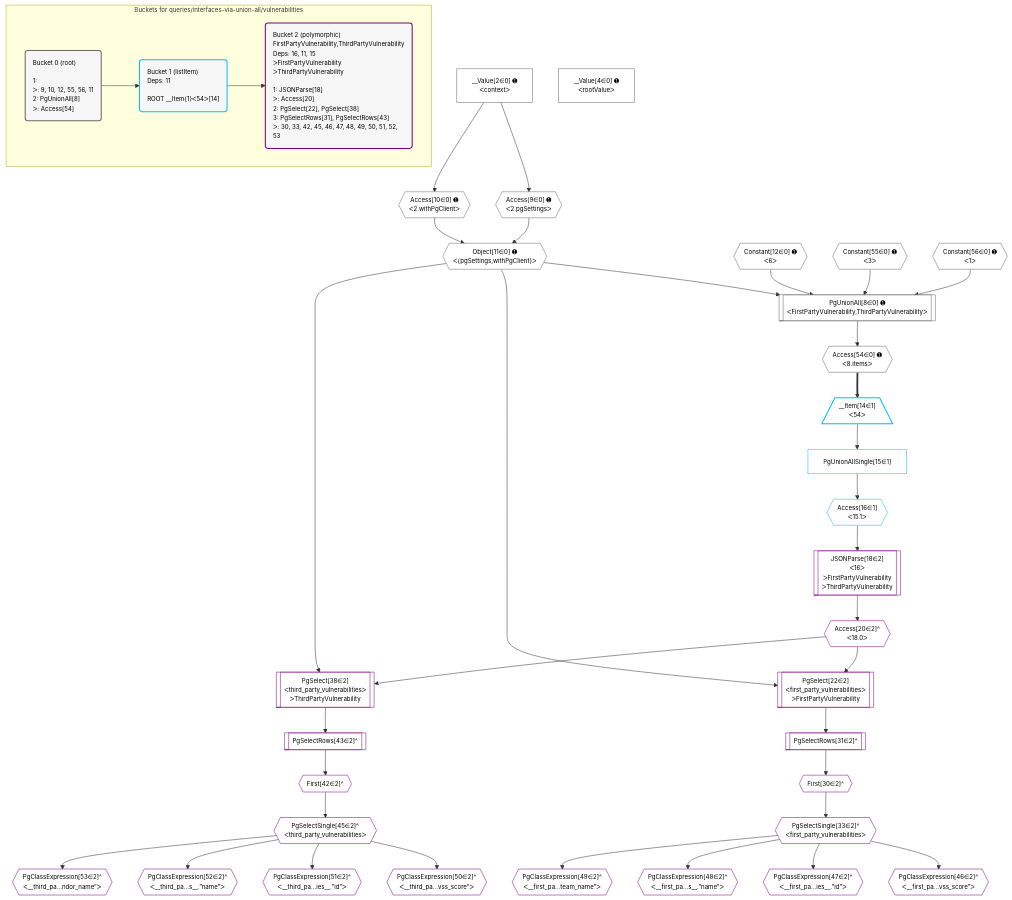
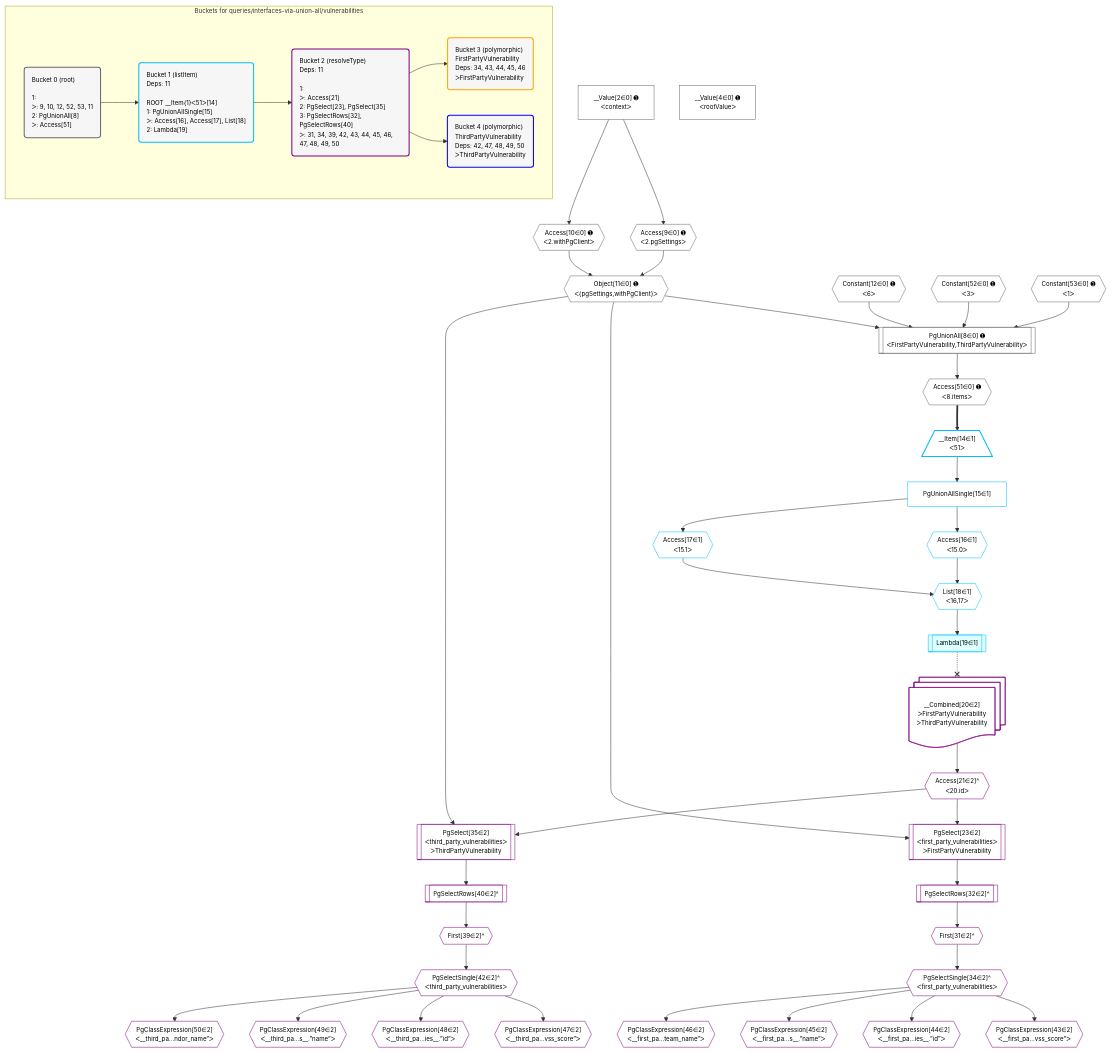
One commit to graphile/crystal changed the diagram in grafast/dataplan-pg/__tests__/queries/interfaces-via-union-all/vulnerabilities.mermaid. Above: the diagram before and after it, drawn with Mermaid. The commit also changed 3 other files, not shown here.

```diff
--- a/grafast/dataplan-pg/__tests__/queries/interfaces-via-union-all/vulnerabilities.mermaid
+++ b/grafast/dataplan-pg/__tests__/queries/interfaces-via-union-all/vulnerabilities.mermaid
@@ -1,83 +1,97 @@
 %%{init: {'themeVariables': { 'fontSize': '12px'}}}%%
 graph TD
     classDef path fill:#eee,stroke:#000,color:#000
     classDef plan fill:#fff,stroke-width:1px,color:#000
     classDef itemplan fill:#fff,stroke-width:2px,color:#000
     classDef unbatchedplan fill:#dff,stroke-width:1px,color:#000
     classDef sideeffectplan fill:#fcc,stroke-width:2px,color:#000
     classDef bucket fill:#f6f6f6,color:#000,stroke-width:2px,text-align:left
 
     subgraph "Buckets for queries/interfaces-via-union-all/vulnerabilities"
-    Bucket0("Bucket 0 (root)<br /><br />1: <br />ᐳ: 9, 10, 12, 55, 56, 11<br />2: PgUnionAll[8]<br />ᐳ: Access[54]"):::bucket
-    Bucket1("Bucket 1 (listItem)<br />Deps: 11<br /><br />ROOT __Item{1}ᐸ54ᐳ[14]"):::bucket
-    Bucket2("Bucket 2 (polymorphic)<br />FirstPartyVulnerability,ThirdPartyVulnerability<br />Deps: 16, 11, 15<br />ᐳFirstPartyVulnerability<br />ᐳThirdPartyVulnerability<br /><br />1: JSONParse[18]<br />ᐳ: Access[20]<br />2: PgSelect[22], PgSelect[38]<br />3: PgSelectRows[31], PgSelectRows[43]<br />ᐳ: 30, 33, 42, 45, 46, 47, 48, 49, 50, 51, 52, 53"):::bucket
+    Bucket0("Bucket 0 (root)<br /><br />1: <br />ᐳ: 9, 10, 12, 52, 53, 11<br />2: PgUnionAll[8]<br />ᐳ: Access[51]"):::bucket
+    Bucket1("Bucket 1 (listItem)<br />Deps: 11<br /><br />ROOT __Item{1}ᐸ51ᐳ[14]<br />1: PgUnionAllSingle[15]<br />ᐳ: Access[16], Access[17], List[18]<br />2: Lambda[19]"):::bucket
+    Bucket2("Bucket 2 (resolveType)<br />Deps: 11<br /><br />1: <br />ᐳ: Access[21]<br />2: PgSelect[23], PgSelect[35]<br />3: PgSelectRows[32], PgSelectRows[40]<br />ᐳ: 31, 34, 39, 42, 43, 44, 45, 46, 47, 48, 49, 50"):::bucket
+    Bucket3("Bucket 3 (polymorphic)<br />FirstPartyVulnerability<br />Deps: 34, 43, 44, 45, 46<br />ᐳFirstPartyVulnerability"):::bucket
+    Bucket4("Bucket 4 (polymorphic)<br />ThirdPartyVulnerability<br />Deps: 42, 47, 48, 49, 50<br />ᐳThirdPartyVulnerability"):::bucket
     end
     Bucket0 --> Bucket1
     Bucket1 --> Bucket2
+    Bucket2 --> Bucket3 & Bucket4
 
     %% plan dependencies
     PgUnionAll8[["PgUnionAll[8∈0] ➊<br />ᐸFirstPartyVulnerability,ThirdPartyVulnerabilityᐳ"]]:::plan
     Object11{{"Object[11∈0] ➊<br />ᐸ{pgSettings,withPgClient}ᐳ"}}:::plan
     Constant12{{"Constant[12∈0] ➊<br />ᐸ6ᐳ"}}:::plan
-    Constant55{{"Constant[55∈0] ➊<br />ᐸ3ᐳ"}}:::plan
-    Constant56{{"Constant[56∈0] ➊<br />ᐸ1ᐳ"}}:::plan
-    Object11 & Constant12 & Constant55 & Constant56 --> PgUnionAll8
+    Constant52{{"Constant[52∈0] ➊<br />ᐸ3ᐳ"}}:::plan
+    Constant53{{"Constant[53∈0] ➊<br />ᐸ1ᐳ"}}:::plan
+    Object11 & Constant12 & Constant52 & Constant53 --> PgUnionAll8
     Access9{{"Access[9∈0] ➊<br />ᐸ2.pgSettingsᐳ"}}:::plan
     Access10{{"Access[10∈0] ➊<br />ᐸ2.withPgClientᐳ"}}:::plan
     Access9 & Access10 --> Object11
     __Value2["__Value[2∈0] ➊<br />ᐸcontextᐳ"]:::plan
     __Value2 --> Access9
     __Value2 --> Access10
-    Access54{{"Access[54∈0] ➊<br />ᐸ8.itemsᐳ"}}:::plan
-    PgUnionAll8 --> Access54
+    Access51{{"Access[51∈0] ➊<br />ᐸ8.itemsᐳ"}}:::plan
+    PgUnionAll8 --> Access51
     __Value4["__Value[4∈0] ➊<br />ᐸrootValueᐳ"]:::plan
-    __Item14[/"__Item[14∈1]<br />ᐸ54ᐳ"\]:::itemplan
-    Access54 ==> __Item14
+    List18{{"List[18∈1]<br />ᐸ16,17ᐳ"}}:::plan
+    Access16{{"Access[16∈1]<br />ᐸ15.0ᐳ"}}:::plan
+    Access17{{"Access[17∈1]<br />ᐸ15.1ᐳ"}}:::plan
+    Access16 & Access17 --> List18
+    __Item14[/"__Item[14∈1]<br />ᐸ51ᐳ"\]:::itemplan
+    Access51 ==> __Item14
     PgUnionAllSingle15["PgUnionAllSingle[15∈1]"]:::plan
     __Item14 --> PgUnionAllSingle15
-    Access16{{"Access[16∈1]<br />ᐸ15.1ᐳ"}}:::plan
     PgUnionAllSingle15 --> Access16
-    PgSelect22[["PgSelect[22∈2]<br />ᐸfirst_party_vulnerabilitiesᐳ<br />ᐳFirstPartyVulnerability"]]:::plan
-    Access20{{"Access[20∈2]^<br />ᐸ18.0ᐳ"}}:::plan
-    Object11 & Access20 --> PgSelect22
-    PgSelect38[["PgSelect[38∈2]<br />ᐸthird_party_vulnerabilitiesᐳ<br />ᐳThirdPartyVulnerability"]]:::plan
-    Object11 & Access20 --> PgSelect38
-    JSONParse18[["JSONParse[18∈2]<br />ᐸ16ᐳ<br />ᐳFirstPartyVulnerability<br />ᐳThirdPartyVulnerability"]]:::plan
-    Access16 --> JSONParse18
-    JSONParse18 --> Access20
-    First30{{"First[30∈2]^"}}:::plan
-    PgSelectRows31[["PgSelectRows[31∈2]^"]]:::plan
-    PgSelectRows31 --> First30
-    PgSelect22 --> PgSelectRows31
-    PgSelectSingle33{{"PgSelectSingle[33∈2]^<br />ᐸfirst_party_vulnerabilitiesᐳ"}}:::plan
-    First30 --> PgSelectSingle33
-    First42{{"First[42∈2]^"}}:::plan
-    PgSelectRows43[["PgSelectRows[43∈2]^"]]:::plan
-    PgSelectRows43 --> First42
-    PgSelect38 --> PgSelectRows43
-    PgSelectSingle45{{"PgSelectSingle[45∈2]^<br />ᐸthird_party_vulnerabilitiesᐳ"}}:::plan
-    First42 --> PgSelectSingle45
-    PgClassExpression46{{"PgClassExpression[46∈2]^<br />ᐸ__first_pa...vss_score”ᐳ"}}:::plan
-    PgSelectSingle33 --> PgClassExpression46
-    PgClassExpression47{{"PgClassExpression[47∈2]^<br />ᐸ__first_pa...ies__.”id”ᐳ"}}:::plan
-    PgSelectSingle33 --> PgClassExpression47
-    PgClassExpression48{{"PgClassExpression[48∈2]^<br />ᐸ__first_pa...s__.”name”ᐳ"}}:::plan
-    PgSelectSingle33 --> PgClassExpression48
-    PgClassExpression49{{"PgClassExpression[49∈2]^<br />ᐸ__first_pa...team_name”ᐳ"}}:::plan
-    PgSelectSingle33 --> PgClassExpression49
-    PgClassExpression50{{"PgClassExpression[50∈2]^<br />ᐸ__third_pa...vss_score”ᐳ"}}:::plan
-    PgSelectSingle45 --> PgClassExpression50
-    PgClassExpression51{{"PgClassExpression[51∈2]^<br />ᐸ__third_pa...ies__.”id”ᐳ"}}:::plan
-    PgSelectSingle45 --> PgClassExpression51
-    PgClassExpression52{{"PgClassExpression[52∈2]^<br />ᐸ__third_pa...s__.”name”ᐳ"}}:::plan
-    PgSelectSingle45 --> PgClassExpression52
-    PgClassExpression53{{"PgClassExpression[53∈2]^<br />ᐸ__third_pa...ndor_name”ᐳ"}}:::plan
-    PgSelectSingle45 --> PgClassExpression53
+    PgUnionAllSingle15 --> Access17
+    Lambda19[["Lambda[19∈1]"]]:::unbatchedplan
+    List18 --> Lambda19
+    PgSelect23[["PgSelect[23∈2]<br />ᐸfirst_party_vulnerabilitiesᐳ<br />ᐳFirstPartyVulnerability"]]:::plan
+    Access21{{"Access[21∈2]^<br />ᐸ20.idᐳ"}}:::plan
+    Object11 & Access21 --> PgSelect23
+    PgSelect35[["PgSelect[35∈2]<br />ᐸthird_party_vulnerabilitiesᐳ<br />ᐳThirdPartyVulnerability"]]:::plan
+    Object11 & Access21 --> PgSelect35
+    __Value20:::plan@{shape: docs, label: "__Combined[20∈2]<br />ᐳFirstPartyVulnerability<br />ᐳThirdPartyVulnerability"}
+    __Value20 --> Access21
+    First31{{"First[31∈2]^"}}:::plan
+    PgSelectRows32[["PgSelectRows[32∈2]^"]]:::plan
+    PgSelectRows32 --> First31
+    PgSelect23 --> PgSelectRows32
+    PgSelectSingle34{{"PgSelectSingle[34∈2]^<br />ᐸfirst_party_vulnerabilitiesᐳ"}}:::plan
+    First31 --> PgSelectSingle34
+    First39{{"First[39∈2]^"}}:::plan
+    PgSelectRows40[["PgSelectRows[40∈2]^"]]:::plan
+    PgSelectRows40 --> First39
+    PgSelect35 --> PgSelectRows40
+    PgSelectSingle42{{"PgSelectSingle[42∈2]^<br />ᐸthird_party_vulnerabilitiesᐳ"}}:::plan
+    First39 --> PgSelectSingle42
+    PgClassExpression43{{"PgClassExpression[43∈2]<br />ᐸ__first_pa...vss_score”ᐳ"}}:::plan
+    PgSelectSingle34 --> PgClassExpression43
+    PgClassExpression44{{"PgClassExpression[44∈2]<br />ᐸ__first_pa...ies__.”id”ᐳ"}}:::plan
+    PgSelectSingle34 --> PgClassExpression44
+    PgClassExpression45{{"PgClassExpression[45∈2]<br />ᐸ__first_pa...s__.”name”ᐳ"}}:::plan
+    PgSelectSingle34 --> PgClassExpression45
+    PgClassExpression46{{"PgClassExpression[46∈2]<br />ᐸ__first_pa...team_name”ᐳ"}}:::plan
+    PgSelectSingle34 --> PgClassExpression46
+    PgClassExpression47{{"PgClassExpression[47∈2]<br />ᐸ__third_pa...vss_score”ᐳ"}}:::plan
+    PgSelectSingle42 --> PgClassExpression47
+    PgClassExpression48{{"PgClassExpression[48∈2]<br />ᐸ__third_pa...ies__.”id”ᐳ"}}:::plan
+    PgSelectSingle42 --> PgClassExpression48
+    PgClassExpression49{{"PgClassExpression[49∈2]<br />ᐸ__third_pa...s__.”name”ᐳ"}}:::plan
+    PgSelectSingle42 --> PgClassExpression49
+    PgClassExpression50{{"PgClassExpression[50∈2]<br />ᐸ__third_pa...ndor_name”ᐳ"}}:::plan
+    PgSelectSingle42 --> PgClassExpression50
 
     %% define steps
     classDef bucket0 stroke:#696969
-    class Bucket0,__Value2,__Value4,PgUnionAll8,Access9,Access10,Object11,Constant12,Access54,Constant55,Constant56 bucket0
+    class Bucket0,__Value2,__Value4,PgUnionAll8,Access9,Access10,Object11,Constant12,Access51,Constant52,Constant53 bucket0
     classDef bucket1 stroke:#00bfff
-    class Bucket1,__Item14,PgUnionAllSingle15,Access16 bucket1
+    class Bucket1,__Item14,PgUnionAllSingle15,Access16,Access17,List18,Lambda19 bucket1
     classDef bucket2 stroke:#7f007f
-    class Bucket2,JSONParse18,Access20,PgSelect22,First30,PgSelectRows31,PgSelectSingle33,PgSelect38,First42,PgSelectRows43,PgSelectSingle45,PgClassExpression46,PgClassExpression47,PgClassExpression48,PgClassExpression49,PgClassExpression50,PgClassExpression51,PgClassExpression52,PgClassExpression53 bucket2
+    class Bucket2,__Value20,Access21,PgSelect23,First31,PgSelectRows32,PgSelectSingle34,PgSelect35,First39,PgSelectRows40,PgSelectSingle42,PgClassExpression43,PgClassExpression44,PgClassExpression45,PgClassExpression46,PgClassExpression47,PgClassExpression48,PgClassExpression49,PgClassExpression50 bucket2
+    classDef bucket3 stroke:#ffa500
+    class Bucket3 bucket3
+    classDef bucket4 stroke:#0000ff
+    class Bucket4 bucket4
+
+    Lambda19 -.-x __Value20
```
